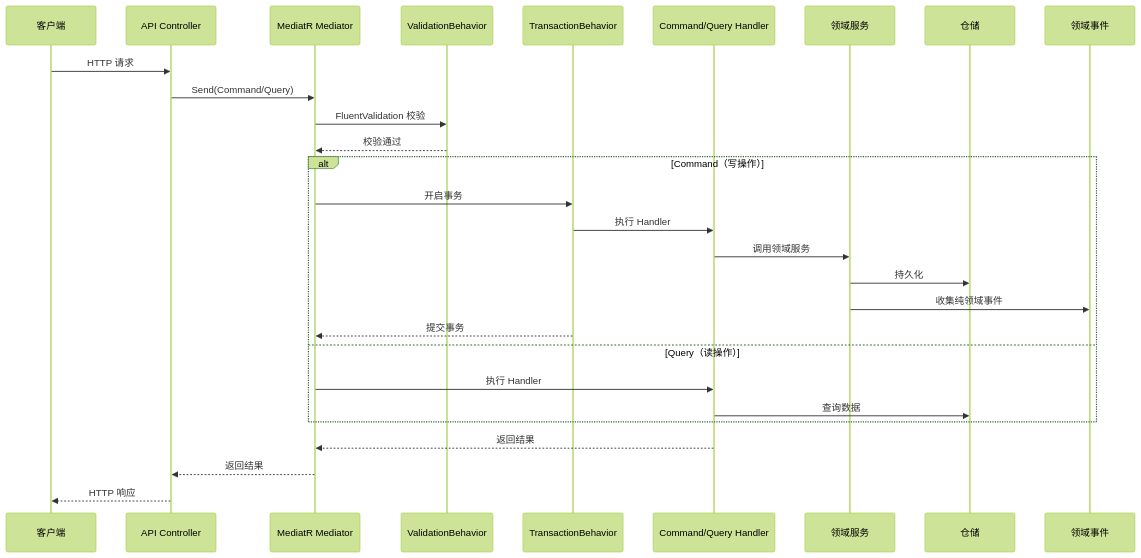
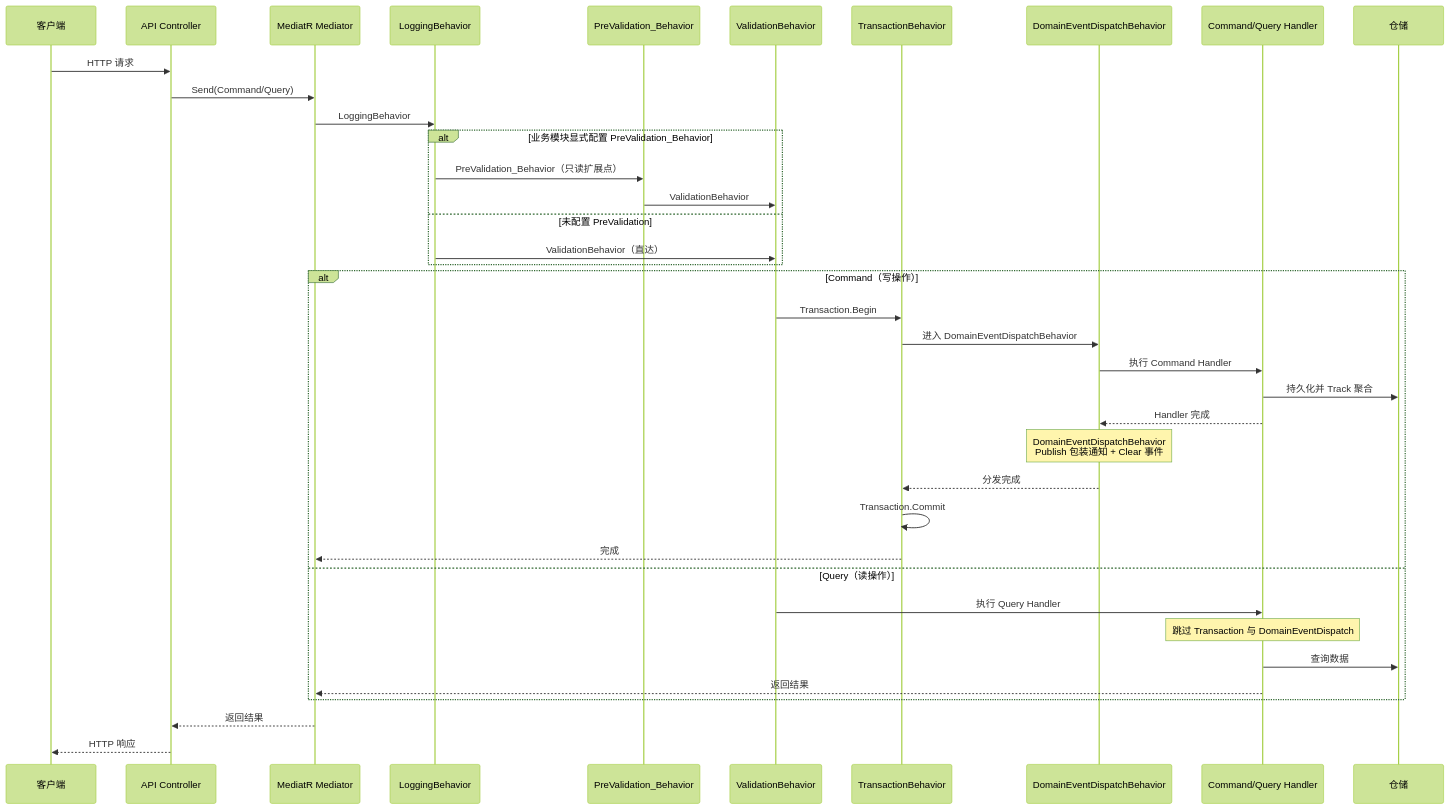
One commit to sun-1221/CloudDrive_115 changed the second of 2 diagrams in .kiro/specs/115-cloud-drive-net10/design.md. Above: the diagram before and after it, drawn with Mermaid (forest theme). The commit also changed other lines of this file and 84 other files, not shown here.

````diff
--- a/.kiro/specs/115-cloud-drive-net10/design.md
+++ b/.kiro/specs/115-cloud-drive-net10/design.md
@@ -173,33 +339,44 @@
 ```mermaid
 sequenceDiagram
     participant Client as 客户端
     participant Controller as API Controller
     participant MediatR as MediatR Mediator
+    participant Logging as LoggingBehavior
+    participant PreValidation as PreValidation_Behavior
     participant Validation as ValidationBehavior
     participant Transaction as TransactionBehavior
+    participant Dispatch as DomainEventDispatchBehavior
     participant Handler as Command/Query Handler
-    participant Domain as 领域服务
     participant Repo as 仓储
-    participant Events as 领域事件
 
     Client->>Controller: HTTP 请求
     Controller->>MediatR: Send(Command/Query)
-    MediatR->>Validation: FluentValidation 校验
-    Validation-->>MediatR: 校验通过
+    MediatR->>Logging: LoggingBehavior
+
+    alt 业务模块显式配置 PreValidation_Behavior
+        Logging->>PreValidation: PreValidation_Behavior（只读扩展点）
+        PreValidation->>Validation: ValidationBehavior
+    else 未配置 PreValidation
+        Logging->>Validation: ValidationBehavior（直达）
+    end
 
     alt Command（写操作）
-        MediatR->>Transaction: 开启事务
-        Transaction->>Handler: 执行 Handler
-        Handler->>Domain: 调用领域服务
-        Domain->>Repo: 持久化
-        Domain->>Events: 收集纯领域事件
-        Transaction-->>MediatR: 提交事务
+        Validation->>Transaction: Transaction.Begin
+        Transaction->>Dispatch: 进入 DomainEventDispatchBehavior
+        Dispatch->>Handler: 执行 Command Handler
+        Handler->>Repo: 持久化并 Track 聚合
+        Handler-->>Dispatch: Handler 完成
+        Note over Dispatch: DomainEventDispatchBehavior<br/>Publish 包装通知 + Clear 事件
+        Dispatch-->>Transaction: 分发完成
+        Transaction->>Transaction: Transaction.Commit
+        Transaction-->>MediatR: 完成
     else Query（读操作）
-        MediatR->>Handler: 执行 Handler
+        Validation->>Handler: 执行 Query Handler
+        Note over Handler: 跳过 Transaction 与 DomainEventDispatch
         Handler->>Repo: 查询数据
+        Handler-->>MediatR: 返回结果
     end
 
-    Handler-->>MediatR: 返回结果
     MediatR-->>Controller: 返回结果
     Controller-->>Client: HTTP 响应
 ```
````
